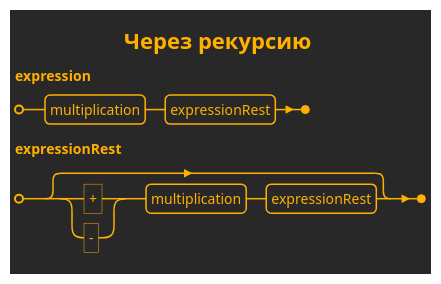
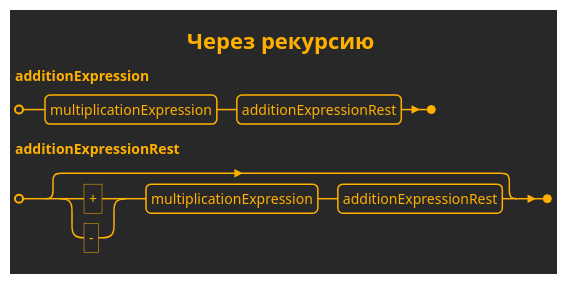
One commit to realsonic/MURQ changed the sixth of 13 diagrams in Domain/MURQ.Domain/URQL/docs/URQL Lines Syntax.md. Above: the diagram before and after it, drawn with PlantUML. The commit also changed other lines of this file and 9 other files, not shown here.

````diff
--- a/Domain/MURQ.Domain/URQL/docs/URQL Lines Syntax.md
+++ b/Domain/MURQ.Domain/URQL/docs/URQL Lines Syntax.md
@@ -143,10 +148,10 @@
 ```plantuml
-@startebnf Адаптация expression через рекурсию
+@startebnf Адаптация additionExpression через рекурсию
 !theme crt-amber
 
 title Через рекурсию
 
-expression = multiplication, expressionRest;
-expressionRest = [ ('+' | '-'), multiplication, expressionRest] ;
+additionExpression = multiplicationExpression, additionExpressionRest;
+additionExpressionRest = [ ('+' | '-'), multiplicationExpression, additionExpressionRest] ;
 @endebnf
 ```
````
